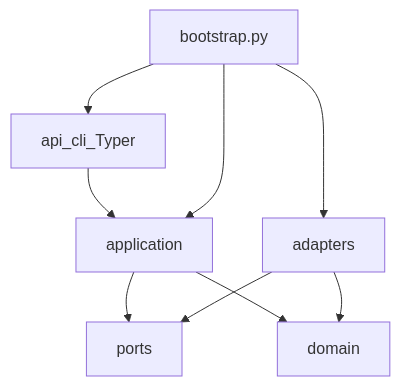
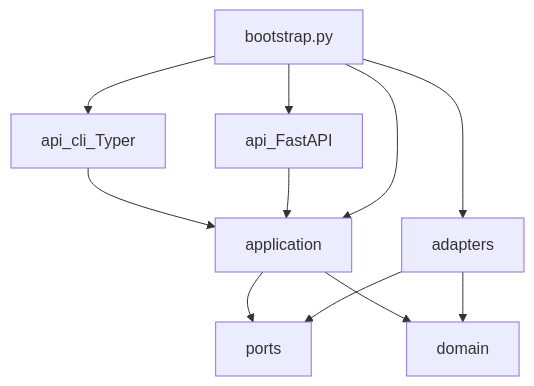
Before and after one commit to piyushk6626/SecureMail: the diagram in docs/architecture.md, drawn with Mermaid. The commit also changed other lines of this file and 65 other files, not shown here.

````diff
--- a/docs/architecture.md
+++ b/docs/architecture.md
@@ -7,17 +7,20 @@
 ```mermaid
 flowchart TB
   cli[api_cli_Typer]
+  api[api_FastAPI]
   app[application]
   domain[domain]
   ports[ports]
   adapters[adapters]
   bootstrap[bootstrap.py]
   cli --> app
+  api --> app
   app --> domain
   app --> ports
   adapters --> ports
   adapters --> domain
   bootstrap --> adapters
   bootstrap --> app
   bootstrap --> cli
+  bootstrap --> api
 ```
````
